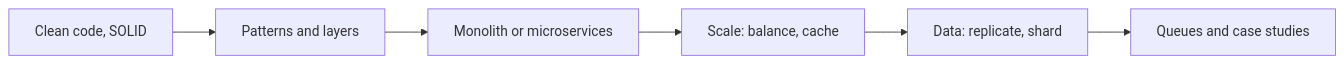
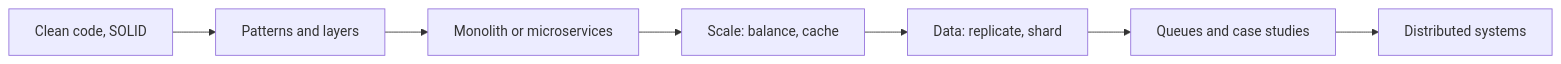
Before and after one commit to faiyaz-svg/CSFromTheGroundUp: the diagram in docs/14-software-and-system-design/index.md, drawn with Mermaid. The commit also changed other lines of this file and 8 other files, not shown here.

Commit message:
add distributed systems chapter

````diff
--- a/docs/14-software-and-system-design/index.md
+++ b/docs/14-software-and-system-design/index.md
@@ -13,8 +13,9 @@
 ```mermaid
 flowchart LR
     A["Clean code, SOLID"] --> B["Patterns and layers"]
     B --> C["Monolith or microservices"]
     C --> D["Scale: balance, cache"]
     D --> E["Data: replicate, shard"]
     E --> F["Queues and case studies"]
+    F --> G["Distributed systems"]
 ```
````
